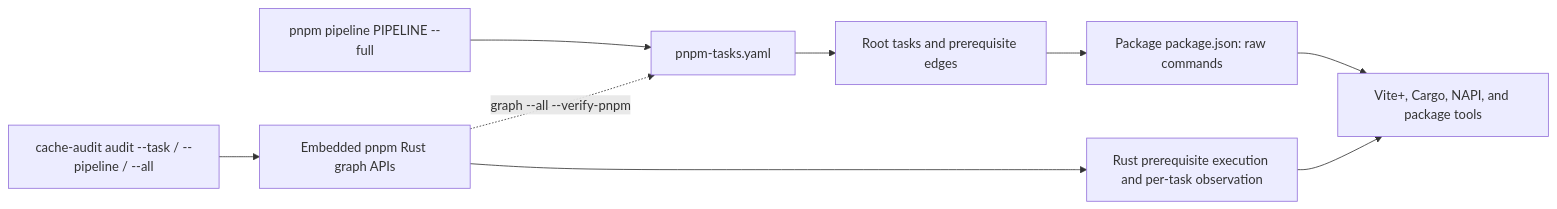
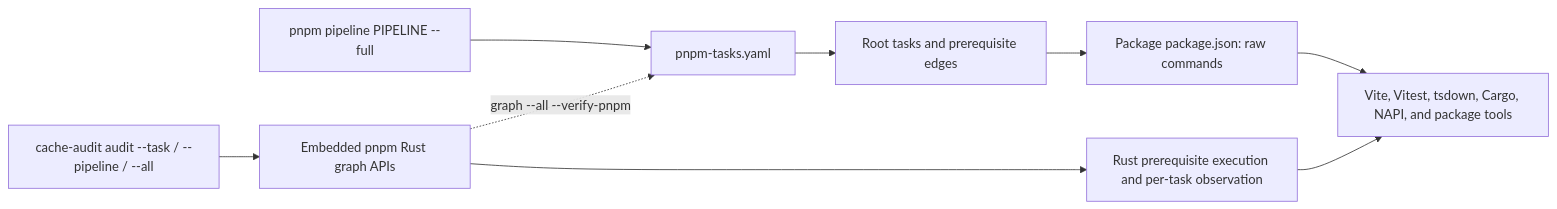
One commit to atlowChemi/vite-svg-2-webfont changed the first of 2 diagrams in CONTRIBUTING.md. Above: the diagram before and after it, drawn with Mermaid. The commit also changed other lines of this file and 106 other files, not shown here.

````diff
--- a/CONTRIBUTING.md
+++ b/CONTRIBUTING.md
@@ -69,11 +69,11 @@
 ```mermaid
 flowchart LR
     active["pnpm pipeline PIPELINE --full"] --> pipeline["pnpm-tasks.yaml"]
     pipeline --> tasks["Root tasks and prerequisite edges"]
     tasks --> scripts["Package package.json: raw commands"]
-    scripts --> tools["Vite+, Cargo, NAPI, and package tools"]
+    scripts --> tools["Vite, Vitest, tsdown, Cargo, NAPI, and package tools"]
     audit["cache-audit audit --task / --pipeline / --all"] --> rust["Embedded pnpm Rust graph APIs"]
     rust --> execution["Rust prerequisite execution and per-task observation"]
     execution --> tools
     rust -. "graph --all --verify-pnpm" .-> pipeline
 ```
````
